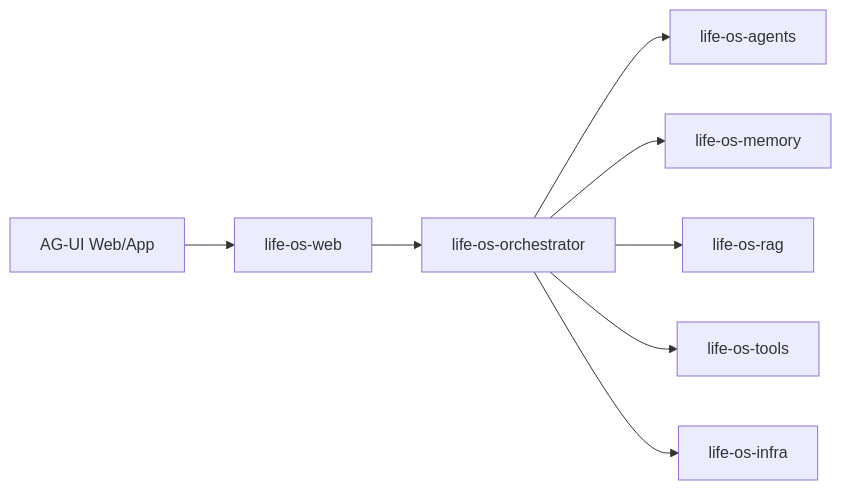
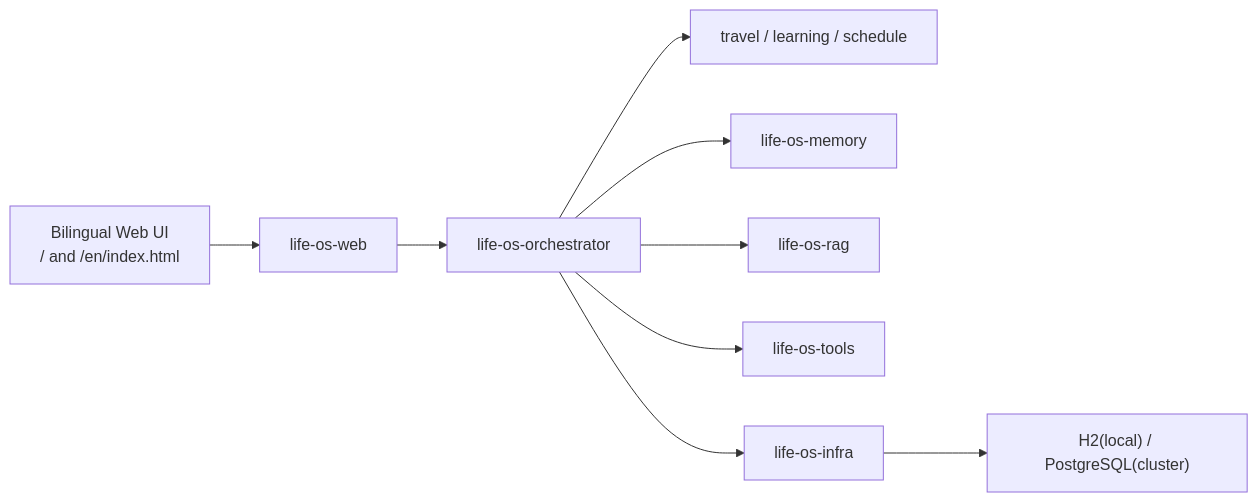
The first of 2 diagrams in docs/architecture.md (chenyuliang1996/life-os), drawn with Mermaid before and after one commit. The commit also changed other lines of this file and 69 other files, not shown here.

Commit message:
feat: add bilingual ui and cluster-ready persistence

````diff
--- a/docs/architecture.md
+++ b/docs/architecture.md
@@ -5,10 +16,11 @@
 ```mermaid
 flowchart LR
-    UI["AG-UI Web/App"] --> WEB["life-os-web"]
+    UI["Bilingual Web UI<br/>/ and /en/index.html"] --> WEB["life-os-web"]
     WEB --> ORCH["life-os-orchestrator"]
-    ORCH --> AGENTS["life-os-agents"]
+    ORCH --> AGENTS["travel / learning / schedule"]
     ORCH --> MEMORY["life-os-memory"]
     ORCH --> RAG["life-os-rag"]
     ORCH --> TOOLS["life-os-tools"]
     ORCH --> INFRA["life-os-infra"]
+    INFRA --> DB["H2(local) / PostgreSQL(cluster)"]
 ```
````
